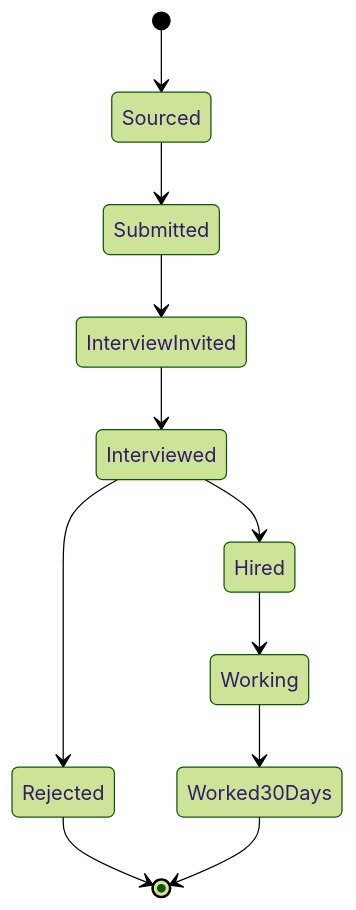
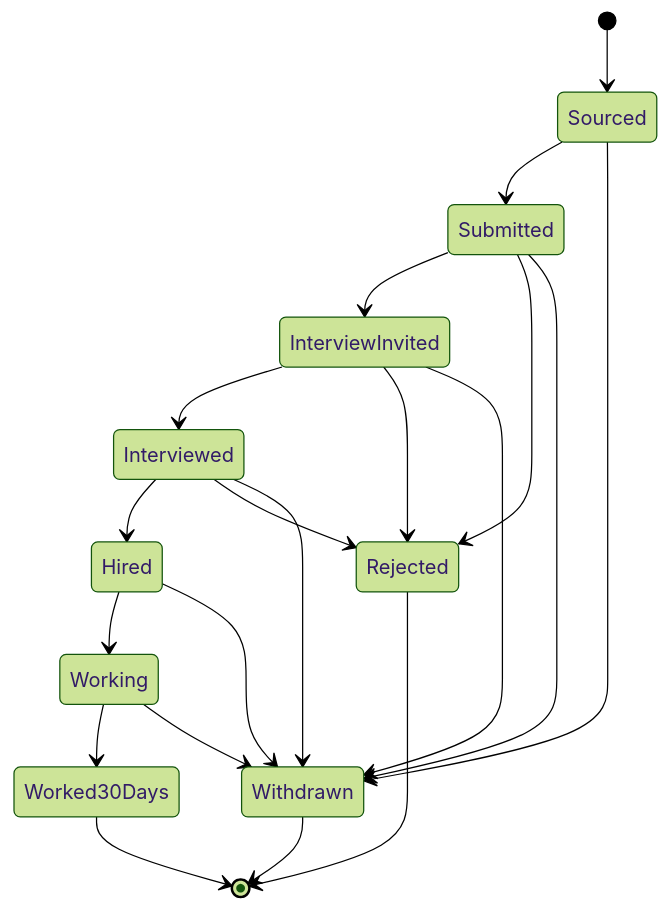
One commit to vitoo16/recruitops-platform changed the diagram in docs/diagrams/candidate-lifecycle.md. Above: the diagram before and after it, drawn with Mermaid (forest theme). The commit also changed other lines of this file and 8 other files, not shown here.

````diff
--- a/docs/diagrams/candidate-lifecycle.md
+++ b/docs/diagrams/candidate-lifecycle.md
@@ -3,13 +3,22 @@
 ```mermaid
 stateDiagram-v2
     [*] --> Sourced
     Sourced --> Submitted
+    Sourced --> Withdrawn
     Submitted --> InterviewInvited
+    Submitted --> Rejected
+    Submitted --> Withdrawn
     InterviewInvited --> Interviewed
+    InterviewInvited --> Rejected
+    InterviewInvited --> Withdrawn
+    Interviewed --> Hired
     Interviewed --> Rejected
-    Interviewed --> Hired
+    Interviewed --> Withdrawn
     Hired --> Working
+    Hired --> Withdrawn
     Working --> Worked30Days
+    Working --> Withdrawn
     Rejected --> [*]
     Worked30Days --> [*]
+    Withdrawn --> [*]
 ```
````
